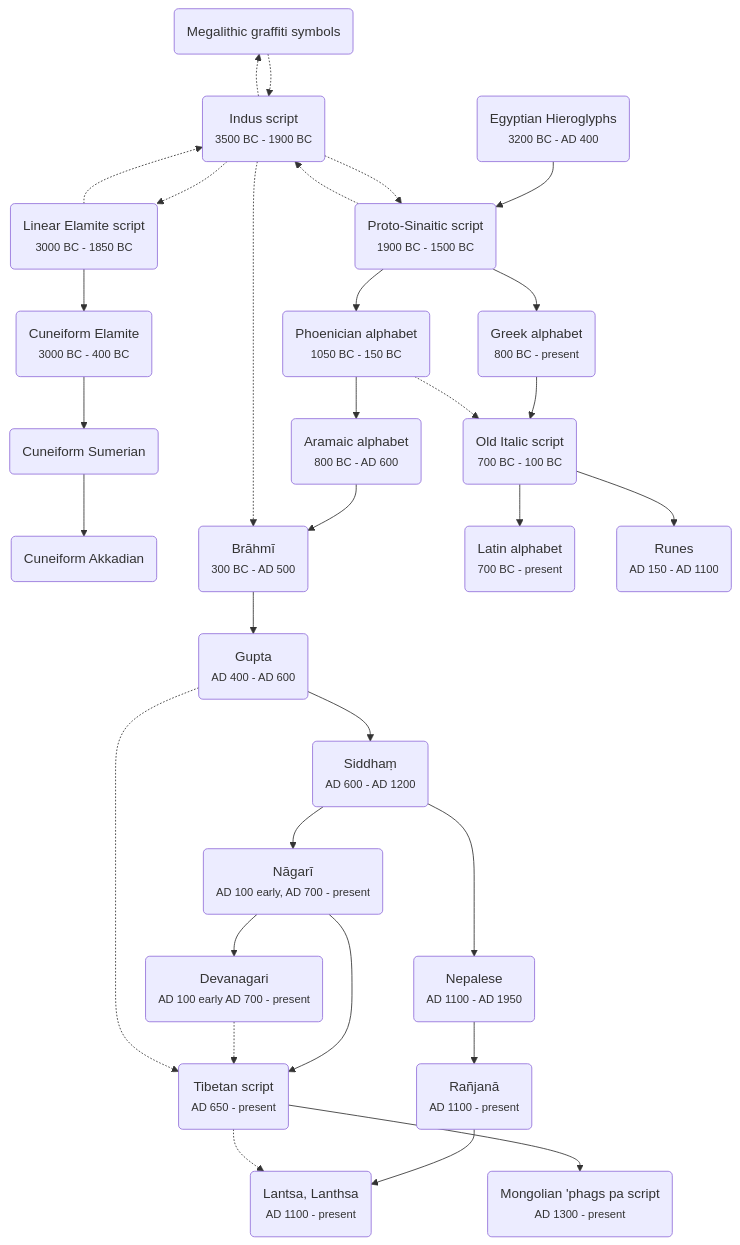
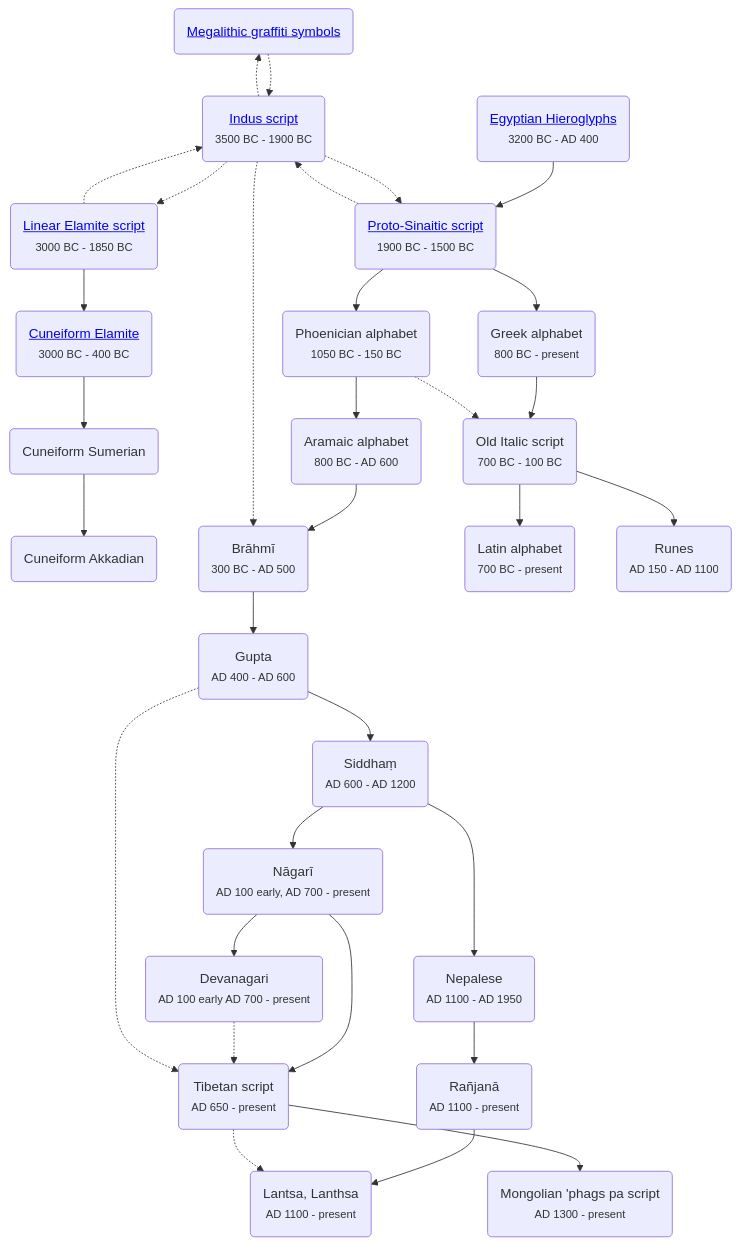
Before and after one commit to DigitalTibetan/DigitalTibetan: the first of 4 diagrams in docs/tibetan_script_history.md, drawn with Mermaid. The commit also changed other lines of this file, not shown here.

````diff
--- a/docs/tibetan_script_history.md
+++ b/docs/tibetan_script_history.md
@@ -97,35 +85,35 @@
-```{mermaid}
+```mermaid}
 graph TD;  
-BA(Megalithic graffiti symbols)-.->BB(Indus script<br><small>3500 BC - 1900 BC<small/>);
+BA(<a href='https://en.wikipedia.org/wiki/Megalithic_graffiti_symbols'>Megalithic graffiti symbols</a>)-.->BB(<a href='https://en.wikipedia.org/wiki/Indus_script'>Indus script</a><br><small>3500 BC - 1900 BC<small/>);
 
-CA(Linear Elamite script<br><small>3000 BC - 1850 BC</small>)-->CB(Cuneiform Elamite<br><small>3000 BC - 400 BC</small>);
+CA(<a href='https://en.wikipedia.org/wiki/Linear_Elamite'>Linear Elamite script</a><br><small>3000 BC - 1850 BC</small>)-->CB(<a href='https://en.wikipedia.org/wiki/Elamite_cuneiform'>Cuneiform Elamite</a><br><small>3000 BC - 400 BC</small>);
 CB-->CD(Cuneiform Sumerian);
 CD-->CE(Cuneiform Akkadian);
-L0A(Egyptian Hieroglyphs<br><small>3200 BC - AD 400</small>)-->LA(Proto-Sinaitic script<br><small>1900 BC - 1500 BC</small>);
+L0A(<a href='https://en.wikipedia.org/wiki/Egyptian_hieroglyphs'> Egyptian Hieroglyphs</a><br><small>3200 BC - AD 400</small>)-->LA(<a href='https://en.wikipedia.org/wiki/Proto-Sinaitic_script'>Proto-Sinaitic script</a><br><small>1900 BC - 1500 BC</small>);
 LA-->LB(Phoenician alphabet<br><small>1050 BC - 150 BC</small>);
 LB-->LC(Aramaic alphabet<br><small>800 BC - AD 600</small>);
 LC-->LD(Brāhmī<br><small>300 BC - AD 500</small>);
 LD-->LE(Gupta<br><small>AD 400 - AD 600</small>);
 LE-->LF(Siddhaṃ<br><small>AD 600 - AD 1200</small>);
 LF-->LF2(Nepalese<br><small>AD 1100 - AD 1950</small>);
 LF2-->LF3(Rañjanā<br><small>AD 1100 - present</small>);
 LF3-->LF4(Lantsa, Lanthsa<br><small>AD 1100 - present</small>)
 LF-->LG(Nāgarī<br><small>AD 100 early, AD 700 - present</small>);
 LG-->LH(Devanagari<br><small>AD 100 early AD 700 - present</small>);
 LG-->LI;
 LH-.->LI(Tibetan script<br><small>AD 650 - present</small>);
 LA-->LK(Greek alphabet<br><small>800 BC - present</small>);
 LK-->LL(Old Italic script<br><small>700 BC - 100 BC</small>);
 LL-->LM(Latin alphabet<br><small>700 BC - present</small>);
 LL-->LN(Runes<br><small>AD 150 - AD 1100</small>);
 LI-->LI2(Mongolian 'phags pa script<br><small>AD 1300 - present</small>)
 BB-.->LD;
 BB-.->BA;
 BB-.->CA;
 CA-.->BB;
 LB-.->LL;
 LE-.->LI;
 BB-.->LA;
 LA-.->BB;
 LI-.->LF4;
 ```
````
